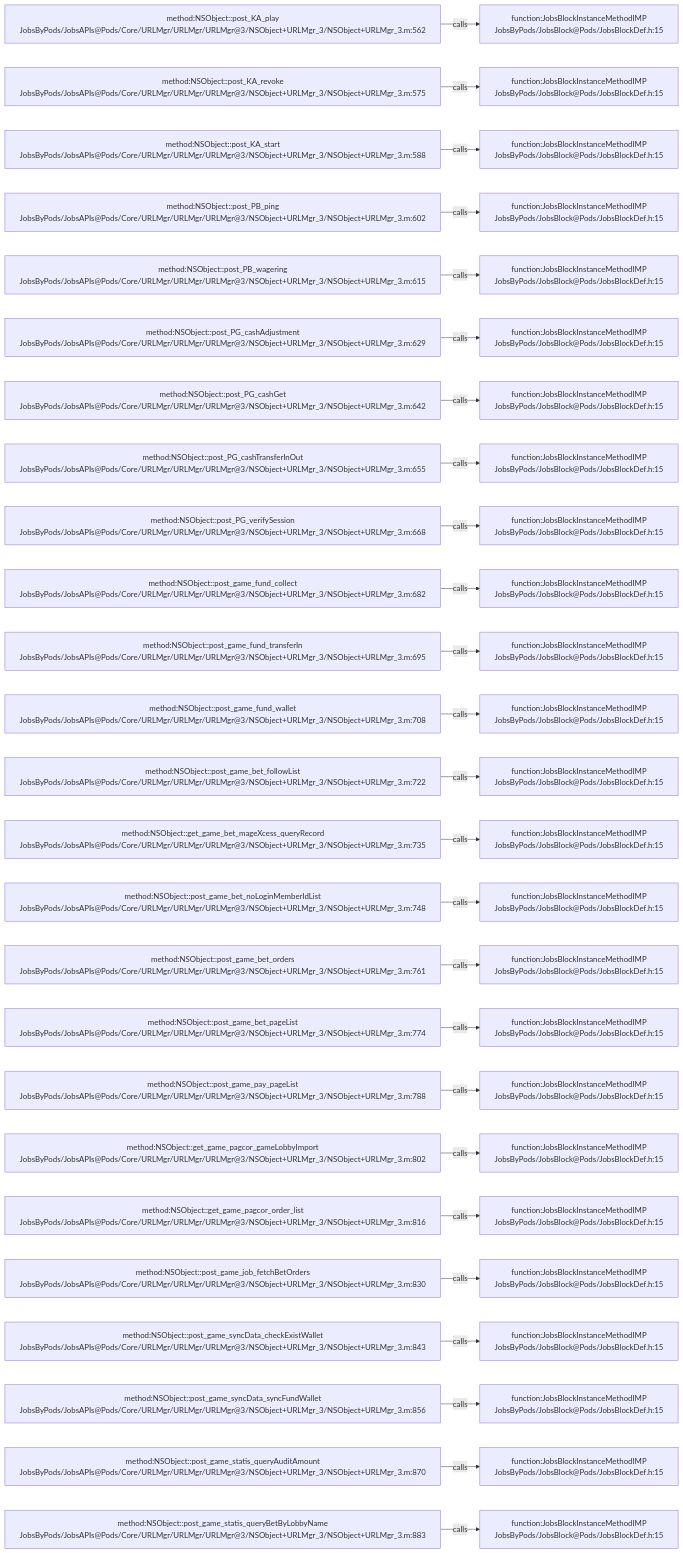
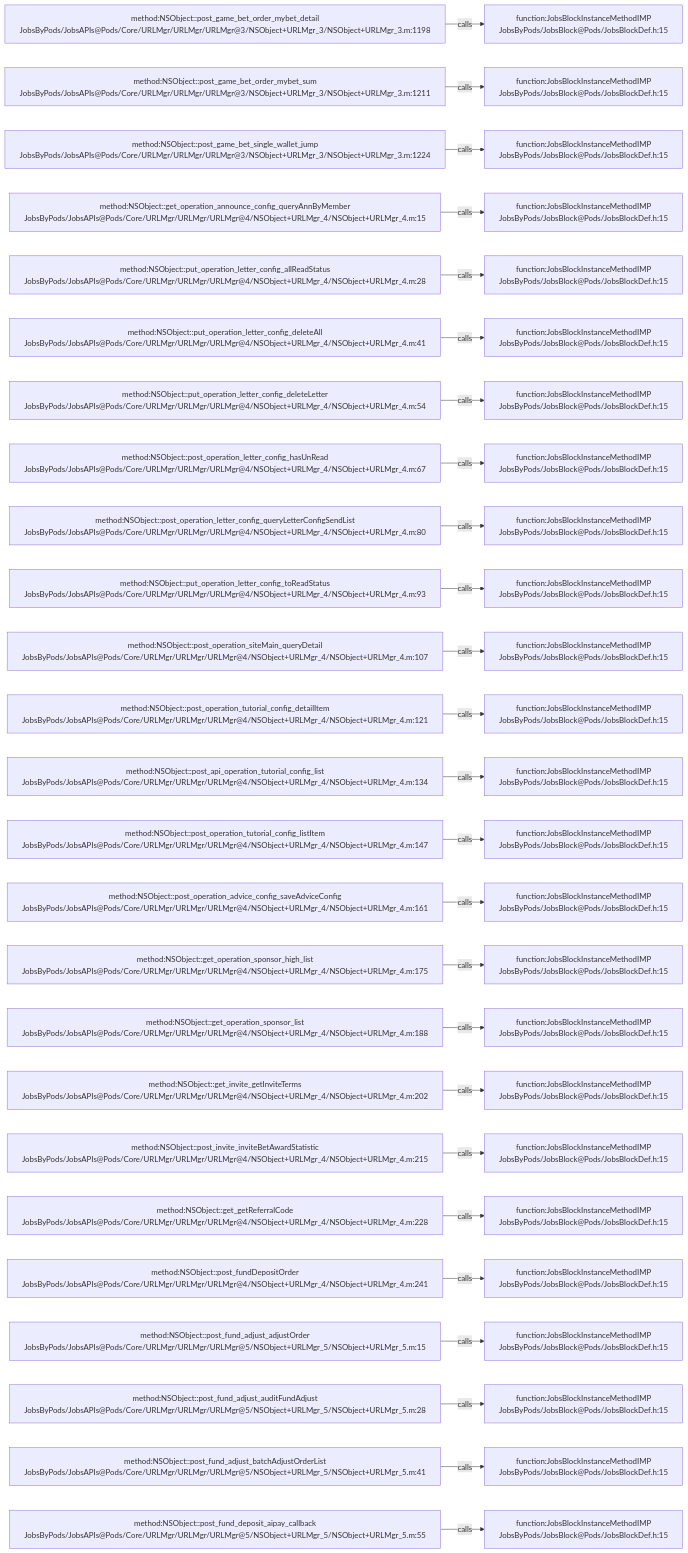
One commit to JobsKits/JobsOCBaseConfigDemo changed the diagram in .codegraph/codegraph.md/graphs/calls-061.md. Above: the diagram before and after it, drawn with Mermaid. The commit also changed 223 other files, not shown here.

````diff
--- a/.codegraph/codegraph.md/graphs/calls-061.md
+++ b/.codegraph/codegraph.md/graphs/calls-061.md
@@ -13,78 +13,78 @@
 ```mermaid
 flowchart LR
-  S1["method:NSObject::post_KA_play<br/>JobsByPods/JobsAPIs@Pods/Core/URLMgr/URLMgr/URLMgr@3/NSObject+URLMgr_3/NSObject+URLMgr_3.m:562"]
+  S1["method:NSObject::post_game_bet_order_mybet_detail<br/>JobsByPods/JobsAPIs@Pods/Core/URLMgr/URLMgr/URLMgr@3/NSObject+URLMgr_3/NSObject+URLMgr_3.m:1198"]
   T1["function:JobsBlockInstanceMethodIMP<br/>JobsByPods/JobsBlock@Pods/JobsBlockDef.h:15"]
   S1 -->|calls| T1
-  S2["method:NSObject::post_KA_revoke<br/>JobsByPods/JobsAPIs@Pods/Core/URLMgr/URLMgr/URLMgr@3/NSObject+URLMgr_3/NSObject+URLMgr_3.m:575"]
+  S2["method:NSObject::post_game_bet_order_mybet_sum<br/>JobsByPods/JobsAPIs@Pods/Core/URLMgr/URLMgr/URLMgr@3/NSObject+URLMgr_3/NSObject+URLMgr_3.m:1211"]
   T2["function:JobsBlockInstanceMethodIMP<br/>JobsByPods/JobsBlock@Pods/JobsBlockDef.h:15"]
   S2 -->|calls| T2
-  S3["method:NSObject::post_KA_start<br/>JobsByPods/JobsAPIs@Pods/Core/URLMgr/URLMgr/URLMgr@3/NSObject+URLMgr_3/NSObject+URLMgr_3.m:588"]
+  S3["method:NSObject::post_game_bet_single_wallet_jump<br/>JobsByPods/JobsAPIs@Pods/Core/URLMgr/URLMgr/URLMgr@3/NSObject+URLMgr_3/NSObject+URLMgr_3.m:1224"]
   T3["function:JobsBlockInstanceMethodIMP<br/>JobsByPods/JobsBlock@Pods/JobsBlockDef.h:15"]
   S3 -->|calls| T3
-  S4["method:NSObject::post_PB_ping<br/>JobsByPods/JobsAPIs@Pods/Core/URLMgr/URLMgr/URLMgr@3/NSObject+URLMgr_3/NSObject+URLMgr_3.m:602"]
+  S4["method:NSObject::get_operation_announce_config_queryAnnByMember<br/>JobsByPods/JobsAPIs@Pods/Core/URLMgr/URLMgr/URLMgr@4/NSObject+URLMgr_4/NSObject+URLMgr_4.m:15"]
   T4["function:JobsBlockInstanceMethodIMP<br/>JobsByPods/JobsBlock@Pods/JobsBlockDef.h:15"]
   S4 -->|calls| T4
-  S5["method:NSObject::post_PB_wagering<br/>JobsByPods/JobsAPIs@Pods/Core/URLMgr/URLMgr/URLMgr@3/NSObject+URLMgr_3/NSObject+URLMgr_3.m:615"]
+  S5["method:NSObject::put_operation_letter_config_allReadStatus<br/>JobsByPods/JobsAPIs@Pods/Core/URLMgr/URLMgr/URLMgr@4/NSObject+URLMgr_4/NSObject+URLMgr_4.m:28"]
   T5["function:JobsBlockInstanceMethodIMP<br/>JobsByPods/JobsBlock@Pods/JobsBlockDef.h:15"]
   S5 -->|calls| T5
-  S6["method:NSObject::post_PG_cashAdjustment<br/>JobsByPods/JobsAPIs@Pods/Core/URLMgr/URLMgr/URLMgr@3/NSObject+URLMgr_3/NSObject+URLMgr_3.m:629"]
+  S6["method:NSObject::put_operation_letter_config_deleteAll<br/>JobsByPods/JobsAPIs@Pods/Core/URLMgr/URLMgr/URLMgr@4/NSObject+URLMgr_4/NSObject+URLMgr_4.m:41"]
   T6["function:JobsBlockInstanceMethodIMP<br/>JobsByPods/JobsBlock@Pods/JobsBlockDef.h:15"]
   S6 -->|calls| T6
-  S7["method:NSObject::post_PG_cashGet<br/>JobsByPods/JobsAPIs@Pods/Core/URLMgr/URLMgr/URLMgr@3/NSObject+URLMgr_3/NSObject+URLMgr_3.m:642"]
+  S7["method:NSObject::put_operation_letter_config_deleteLetter<br/>JobsByPods/JobsAPIs@Pods/Core/URLMgr/URLMgr/URLMgr@4/NSObject+URLMgr_4/NSObject+URLMgr_4.m:54"]
   T7["function:JobsBlockInstanceMethodIMP<br/>JobsByPods/JobsBlock@Pods/JobsBlockDef.h:15"]
   S7 -->|calls| T7
-  S8["method:NSObject::post_PG_cashTransferInOut<br/>JobsByPods/JobsAPIs@Pods/Core/URLMgr/URLMgr/URLMgr@3/NSObject+URLMgr_3/NSObject+URLMgr_3.m:655"]
+  S8["method:NSObject::post_operation_letter_config_hasUnRead<br/>JobsByPods/JobsAPIs@Pods/Core/URLMgr/URLMgr/URLMgr@4/NSObject+URLMgr_4/NSObject+URLMgr_4.m:67"]
   T8["function:JobsBlockInstanceMethodIMP<br/>JobsByPods/JobsBlock@Pods/JobsBlockDef.h:15"]
   S8 -->|calls| T8
-  S9["method:NSObject::post_PG_verifySession<br/>JobsByPods/JobsAPIs@Pods/Core/URLMgr/URLMgr/URLMgr@3/NSObject+URLMgr_3/NSObject+URLMgr_3.m:668"]
+  S9["method:NSObject::post_operation_letter_config_queryLetterConfigSendList<br/>JobsByPods/JobsAPIs@Pods/Core/URLMgr/URLMgr/URLMgr@4/NSObject+URLMgr_4/NSObject+URLMgr_4.m:80"]
   T9["function:JobsBlockInstanceMethodIMP<br/>JobsByPods/JobsBlock@Pods/JobsBlockDef.h:15"]
   S9 -->|calls| T9
-  S10["method:NSObject::post_game_fund_collect<br/>JobsByPods/JobsAPIs@Pods/Core/URLMgr/URLMgr/URLMgr@3/NSObject+URLMgr_3/NSObject+URLMgr_3.m:682"]
+  S10["method:NSObject::put_operation_letter_config_toReadStatus<br/>JobsByPods/JobsAPIs@Pods/Core/URLMgr/URLMgr/URLMgr@4/NSObject+URLMgr_4/NSObject+URLMgr_4.m:93"]
   T10["function:JobsBlockInstanceMethodIMP<br/>JobsByPods/JobsBlock@Pods/JobsBlockDef.h:15"]
   S10 -->|calls| T10
-  S11["method:NSObject::post_game_fund_transferIn<br/>JobsByPods/JobsAPIs@Pods/Core/URLMgr/URLMgr/URLMgr@3/NSObject+URLMgr_3/NSObject+URLMgr_3.m:695"]
+  S11["method:NSObject::post_operation_siteMain_queryDetail<br/>JobsByPods/JobsAPIs@Pods/Core/URLMgr/URLMgr/URLMgr@4/NSObject+URLMgr_4/NSObject+URLMgr_4.m:107"]
   T11["function:JobsBlockInstanceMethodIMP<br/>JobsByPods/JobsBlock@Pods/JobsBlockDef.h:15"]
   S11 -->|calls| T11
-  S12["method:NSObject::post_game_fund_wallet<br/>JobsByPods/JobsAPIs@Pods/Core/URLMgr/URLMgr/URLMgr@3/NSObject+URLMgr_3/NSObject+URLMgr_3.m:708"]
+  S12["method:NSObject::post_operation_tutorial_config_detailItem<br/>JobsByPods/JobsAPIs@Pods/Core/URLMgr/URLMgr/URLMgr@4/NSObject+URLMgr_4/NSObject+URLMgr_4.m:121"]
   T12["function:JobsBlockInstanceMethodIMP<br/>JobsByPods/JobsBlock@Pods/JobsBlockDef.h:15"]
   S12 -->|calls| T12
-  S13["method:NSObject::post_game_bet_followList<br/>JobsByPods/JobsAPIs@Pods/Core/URLMgr/URLMgr/URLMgr@3/NSObject+URLMgr_3/NSObject+URLMgr_3.m:722"]
+  S13["method:NSObject::post_api_operation_tutorial_config_list<br/>JobsByPods/JobsAPIs@Pods/Core/URLMgr/URLMgr/URLMgr@4/NSObject+URLMgr_4/NSObject+URLMgr_4.m:134"]
   T13["function:JobsBlockInstanceMethodIMP<br/>JobsByPods/JobsBlock@Pods/JobsBlockDef.h:15"]
   S13 -->|calls| T13
-  S14["method:NSObject::get_game_bet_mageXcess_queryRecord<br/>JobsByPods/JobsAPIs@Pods/Core/URLMgr/URLMgr/URLMgr@3/NSObject+URLMgr_3/NSObject+URLMgr_3.m:735"]
+  S14["method:NSObject::post_operation_tutorial_config_listItem<br/>JobsByPods/JobsAPIs@Pods/Core/URLMgr/URLMgr/URLMgr@4/NSObject+URLMgr_4/NSObject+URLMgr_4.m:147"]
   T14["function:JobsBlockInstanceMethodIMP<br/>JobsByPods/JobsBlock@Pods/JobsBlockDef.h:15"]
   S14 -->|calls| T14
-  S15["method:NSObject::post_game_bet_noLoginMemberIdList<br/>JobsByPods/JobsAPIs@Pods/Core/URLMgr/URLMgr/URLMgr@3/NSObject+URLMgr_3/NSObject+URLMgr_3.m:748"]
+  S15["method:NSObject::post_operation_advice_config_saveAdviceConfig<br/>JobsByPods/JobsAPIs@Pods/Core/URLMgr/URLMgr/URLMgr@4/NSObject+URLMgr_4/NSObject+URLMgr_4.m:161"]
   T15["function:JobsBlockInstanceMethodIMP<br/>JobsByPods/JobsBlock@Pods/JobsBlockDef.h:15"]
   S15 -->|calls| T15
-  S16["method:NSObject::post_game_bet_orders<br/>JobsByPods/JobsAPIs@Pods/Core/URLMgr/URLMgr/URLMgr@3/NSObject+URLMgr_3/NSObject+URLMgr_3.m:761"]
+  S16["method:NSObject::get_operation_sponsor_high_list<br/>JobsByPods/JobsAPIs@Pods/Core/URLMgr/URLMgr/URLMgr@4/NSObject+URLMgr_4/NSObject+URLMgr_4.m:175"]
   T16["function:JobsBlockInstanceMethodIMP<br/>JobsByPods/JobsBlock@Pods/JobsBlockDef.h:15"]
   S16 -->|calls| T16
-  S17["method:NSObject::post_game_bet_pageList<br/>JobsByPods/JobsAPIs@Pods/Core/URLMgr/URLMgr/URLMgr@3/NSObject+URLMgr_3/NSObject+URLMgr_3.m:774"]
+  S17["method:NSObject::get_operation_sponsor_list<br/>JobsByPods/JobsAPIs@Pods/Core/URLMgr/URLMgr/URLMgr@4/NSObject+URLMgr_4/NSObject+URLMgr_4.m:188"]
   T17["function:JobsBlockInstanceMethodIMP<br/>JobsByPods/JobsBlock@Pods/JobsBlockDef.h:15"]
   S17 -->|calls| T17
-  S18["method:NSObject::post_game_pay_pageList<br/>JobsByPods/JobsAPIs@Pods/Core/URLMgr/URLMgr/URLMgr@3/NSObject+URLMgr_3/NSObject+URLMgr_3.m:788"]
+  S18["method:NSObject::get_invite_getInviteTerms<br/>JobsByPods/JobsAPIs@Pods/Core/URLMgr/URLMgr/URLMgr@4/NSObject+URLMgr_4/NSObject+URLMgr_4.m:202"]
   T18["function:JobsBlockInstanceMethodIMP<br/>JobsByPods/JobsBlock@Pods/JobsBlockDef.h:15"]
   S18 -->|calls| T18
-  S19["method:NSObject::get_game_pagcor_gameLobbyImport<br/>JobsByPods/JobsAPIs@Pods/Core/URLMgr/URLMgr/URLMgr@3/NSObject+URLMgr_3/NSObject+URLMgr_3.m:802"]
+  S19["method:NSObject::post_invite_inviteBetAwardStatistic<br/>JobsByPods/JobsAPIs@Pods/Core/URLMgr/URLMgr/URLMgr@4/NSObject+URLMgr_4/NSObject+URLMgr_4.m:215"]
   T19["function:JobsBlockInstanceMethodIMP<br/>JobsByPods/JobsBlock@Pods/JobsBlockDef.h:15"]
   S19 -->|calls| T19
-  S20["method:NSObject::get_game_pagcor_order_list<br/>JobsByPods/JobsAPIs@Pods/Core/URLMgr/URLMgr/URLMgr@3/NSObject+URLMgr_3/NSObject+URLMgr_3.m:816"]
+  S20["method:NSObject::get_getReferralCode<br/>JobsByPods/JobsAPIs@Pods/Core/URLMgr/URLMgr/URLMgr@4/NSObject+URLMgr_4/NSObject+URLMgr_4.m:228"]
   T20["function:JobsBlockInstanceMethodIMP<br/>JobsByPods/JobsBlock@Pods/JobsBlockDef.h:15"]
   S20 -->|calls| T20
-  S21["method:NSObject::post_game_job_fetchBetOrders<br/>JobsByPods/JobsAPIs@Pods/Core/URLMgr/URLMgr/URLMgr@3/NSObject+URLMgr_3/NSObject+URLMgr_3.m:830"]
+  S21["method:NSObject::post_fundDepositOrder<br/>JobsByPods/JobsAPIs@Pods/Core/URLMgr/URLMgr/URLMgr@4/NSObject+URLMgr_4/NSObject+URLMgr_4.m:241"]
   T21["function:JobsBlockInstanceMethodIMP<br/>JobsByPods/JobsBlock@Pods/JobsBlockDef.h:15"]
   S21 -->|calls| T21
-  S22["method:NSObject::post_game_syncData_checkExistWallet<br/>JobsByPods/JobsAPIs@Pods/Core/URLMgr/URLMgr/URLMgr@3/NSObject+URLMgr_3/NSObject+URLMgr_3.m:843"]
+  S22["method:NSObject::post_fund_adjust_adjustOrder<br/>JobsByPods/JobsAPIs@Pods/Core/URLMgr/URLMgr/URLMgr@5/NSObject+URLMgr_5/NSObject+URLMgr_5.m:15"]
   T22["function:JobsBlockInstanceMethodIMP<br/>JobsByPods/JobsBlock@Pods/JobsBlockDef.h:15"]
   S22 -->|calls| T22
-  S23["method:NSObject::post_game_syncData_syncFundWallet<br/>JobsByPods/JobsAPIs@Pods/Core/URLMgr/URLMgr/URLMgr@3/NSObject+URLMgr_3/NSObject+URLMgr_3.m:856"]
+  S23["method:NSObject::post_fund_adjust_auditFundAdjust<br/>JobsByPods/JobsAPIs@Pods/Core/URLMgr/URLMgr/URLMgr@5/NSObject+URLMgr_5/NSObject+URLMgr_5.m:28"]
   T23["function:JobsBlockInstanceMethodIMP<br/>JobsByPods/JobsBlock@Pods/JobsBlockDef.h:15"]
   S23 -->|calls| T23
-  S24["method:NSObject::post_game_statis_queryAuditAmount<br/>JobsByPods/JobsAPIs@Pods/Core/URLMgr/URLMgr/URLMgr@3/NSObject+URLMgr_3/NSObject+URLMgr_3.m:870"]
+  S24["method:NSObject::post_fund_adjust_batchAdjustOrderList<br/>JobsByPods/JobsAPIs@Pods/Core/URLMgr/URLMgr/URLMgr@5/NSObject+URLMgr_5/NSObject+URLMgr_5.m:41"]
   T24["function:JobsBlockInstanceMethodIMP<br/>JobsByPods/JobsBlock@Pods/JobsBlockDef.h:15"]
   S24 -->|calls| T24
-  S25["method:NSObject::post_game_statis_queryBetByLobbyName<br/>JobsByPods/JobsAPIs@Pods/Core/URLMgr/URLMgr/URLMgr@3/NSObject+URLMgr_3/NSObject+URLMgr_3.m:883"]
+  S25["method:NSObject::post_fund_deposit_aipay_callback<br/>JobsByPods/JobsAPIs@Pods/Core/URLMgr/URLMgr/URLMgr@5/NSObject+URLMgr_5/NSObject+URLMgr_5.m:55"]
   T25["function:JobsBlockInstanceMethodIMP<br/>JobsByPods/JobsBlock@Pods/JobsBlockDef.h:15"]
   S25 -->|calls| T25
 ```
````
